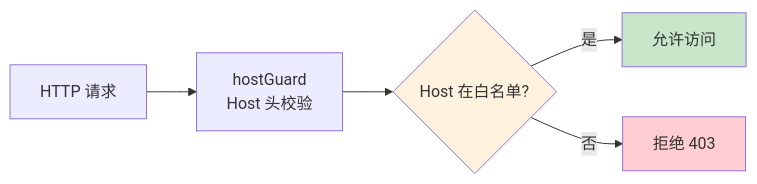
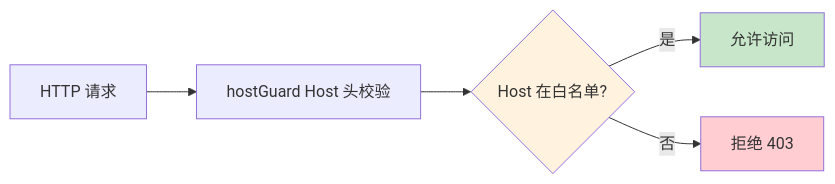
One commit to awesome-flexloop/awesome-okf changed the seventh of 10 diagrams in doc/bundles/jishu/ai/products/open-code-review/concepts/05-session-telemetry.md. Above: the diagram before and after it, drawn with Mermaid. The commit also changed other lines of this file and 10 other files, not shown here.

First line of the commit message:
docs(bundle): 清偿 Open Code Review 存量 Mermaid 违规避免规范漂移累积

````diff
--- a/doc/bundles/jishu/ai/products/open-code-review/concepts/05-session-telemetry.md
+++ b/doc/bundles/jishu/ai/products/open-code-review/concepts/05-session-telemetry.md
@@ -437,11 +430,10 @@
 ```mermaid
 flowchart LR
-    REQ["HTTP 请求"] --> HG["hostGuard<br/>Host 头校验"]
+    REQ["HTTP 请求"] --> HG["hostGuard Host 头校验"]
     HG --> WL{"Host 在白名单?"}
-    WL -->|是| OK["允许访问"]
-    WL -->|否| REJ["拒绝 403"]
-
+    WL -->|"是"| OK["允许访问"]
+    WL -->|"否"| REJ["拒绝 403"]
     style WL fill:#fff3e0
     style OK fill:#c8e6c9
     style REJ fill:#ffcdd2
 ```
````
